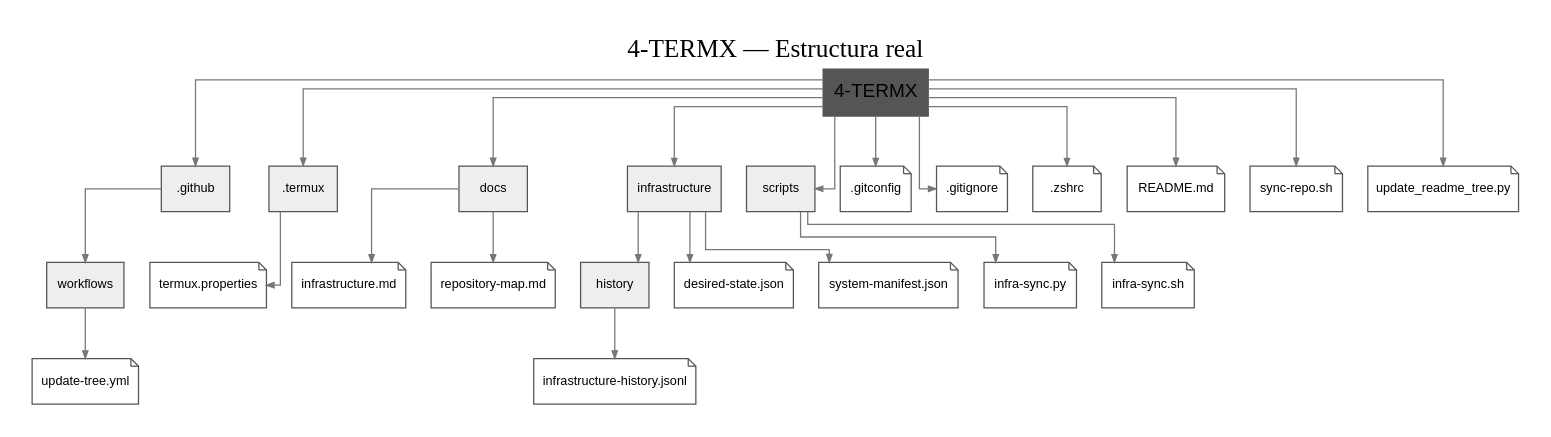
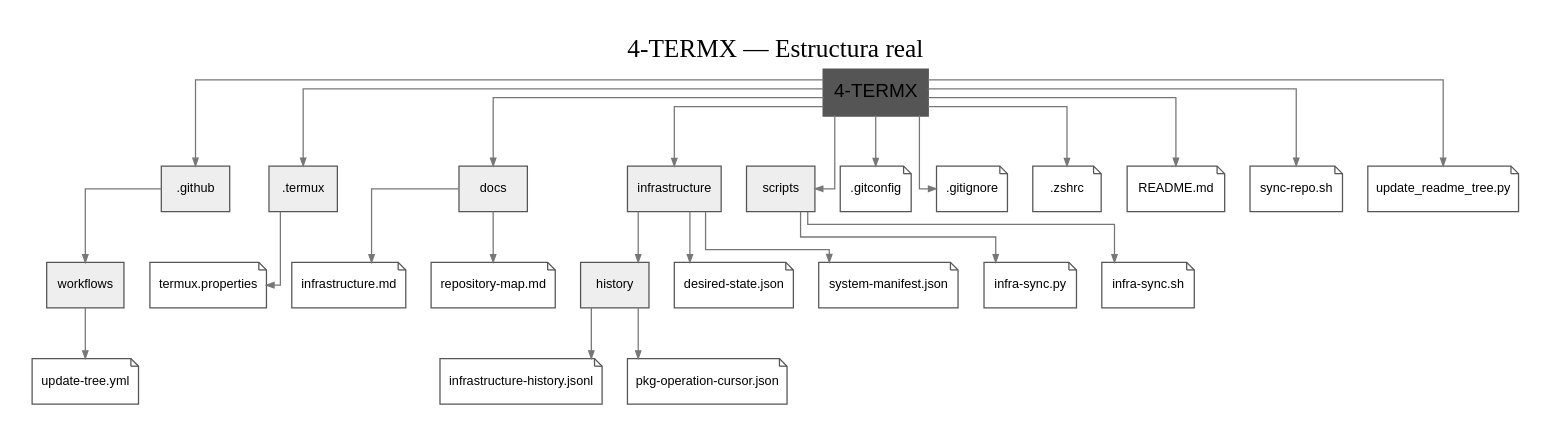
One commit to benstellasanti/4-TERMX changed the diagram in docs/repository-structure.dot. Above: the diagram before and after it, drawn with Graphviz. The commit also changed 3 other files, not shown here.

```diff
--- a/docs/repository-structure.dot
+++ b/docs/repository-structure.dot
@@ -1,50 +1,52 @@
 digraph RepositoryStructure {
   graph [rankdir=TB, bgcolor="white", pad="0.25", nodesep="0.28", ranksep="0.55", splines=ortho, label="4-TERMX — Estructura real", labelloc=t, fontsize=20];
   node [fontname="Arial", fontsize=10, style="filled", color="#555555"];
   edge [color="#777777", arrowsize=0.6];
   root [label="4-TERMX", shape=box, style="filled,bold", fontsize=15];
   n__github [label=".github", shape=box, fillcolor="#eeeeee"];
   n__termux [label=".termux", shape=box, fillcolor="#eeeeee"];
   n_docs [label="docs", shape=box, fillcolor="#eeeeee"];
   n_infrastructure [label="infrastructure", shape=box, fillcolor="#eeeeee"];
   n_scripts [label="scripts", shape=box, fillcolor="#eeeeee"];
   n__github_workflows [label="workflows", shape=box, fillcolor="#eeeeee"];
   n_infrastructure_history [label="history", shape=box, fillcolor="#eeeeee"];
   n__gitconfig [label=".gitconfig", shape=note, fillcolor="white"];
   root -> n__gitconfig;
   n__github_workflows_update_tree_yml [label="update-tree.yml", shape=note, fillcolor="white"];
   n__github_workflows -> n__github_workflows_update_tree_yml;
   n__gitignore [label=".gitignore", shape=note, fillcolor="white"];
   root -> n__gitignore;
   n__termux_termux_properties [label="termux.properties", shape=note, fillcolor="white"];
   n__termux -> n__termux_termux_properties;
   n__zshrc [label=".zshrc", shape=note, fillcolor="white"];
   root -> n__zshrc;
   n_README_md [label="README.md", shape=note, fillcolor="white"];
   root -> n_README_md;
   n_docs_infrastructure_md [label="infrastructure.md", shape=note, fillcolor="white"];
   n_docs -> n_docs_infrastructure_md;
   n_docs_repository_map_md [label="repository-map.md", shape=note, fillcolor="white"];
   n_docs -> n_docs_repository_map_md;
   n_infrastructure_desired_state_json [label="desired-state.json", shape=note, fillcolor="white"];
   n_infrastructure -> n_infrastructure_desired_state_json;
   n_infrastructure_history_infrastructure_history_jsonl [label="infrastructure-history.jsonl", shape=note, fillcolor="white"];
   n_infrastructure_history -> n_infrastructure_history_infrastructure_history_jsonl;
+  n_infrastructure_history_pkg_operation_cursor_json [label="pkg-operation-cursor.json", shape=note, fillcolor="white"];
+  n_infrastructure_history -> n_infrastructure_history_pkg_operation_cursor_json;
   n_infrastructure_system_manifest_json [label="system-manifest.json", shape=note, fillcolor="white"];
   n_infrastructure -> n_infrastructure_system_manifest_json;
   n_scripts_infra_sync_py [label="infra-sync.py", shape=note, fillcolor="white"];
   n_scripts -> n_scripts_infra_sync_py;
   n_scripts_infra_sync_sh [label="infra-sync.sh", shape=note, fillcolor="white"];
   n_scripts -> n_scripts_infra_sync_sh;
   n_sync_repo_sh [label="sync-repo.sh", shape=note, fillcolor="white"];
   root -> n_sync_repo_sh;
   n_update_readme_tree_py [label="update_readme_tree.py", shape=note, fillcolor="white"];
   root -> n_update_readme_tree_py;
   root -> n__github;
   root -> n__termux;
   root -> n_docs;
   root -> n_infrastructure;
   root -> n_scripts;
   n__github -> n__github_workflows;
   n_infrastructure -> n_infrastructure_history;
 }
```
